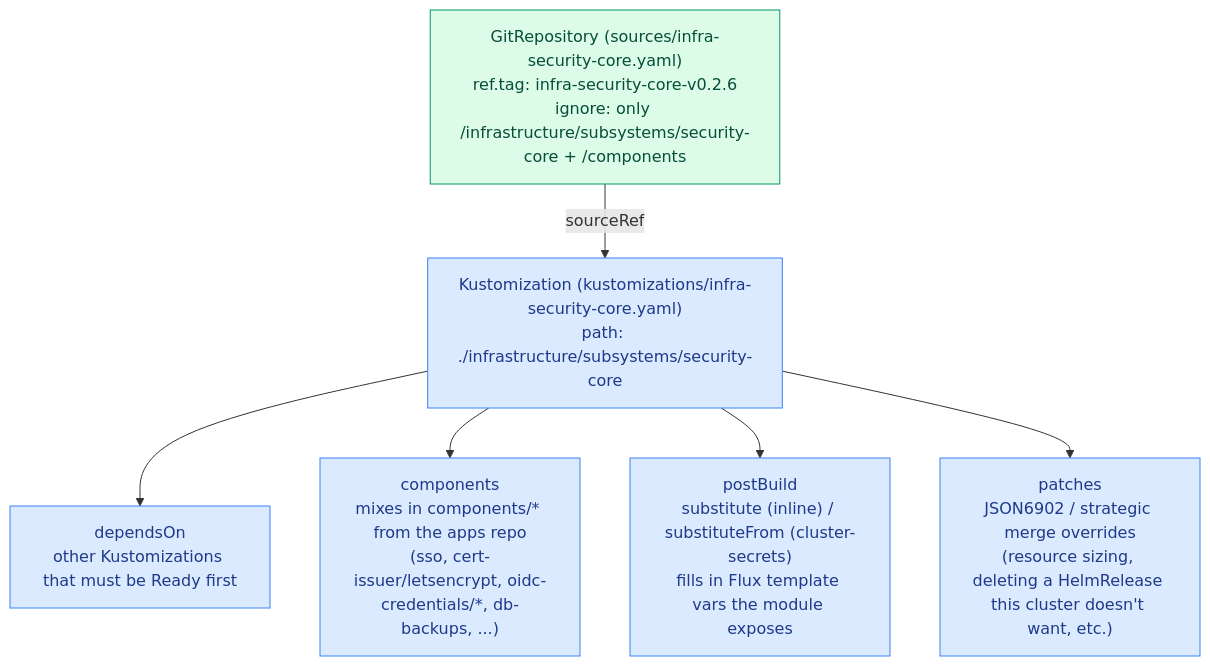
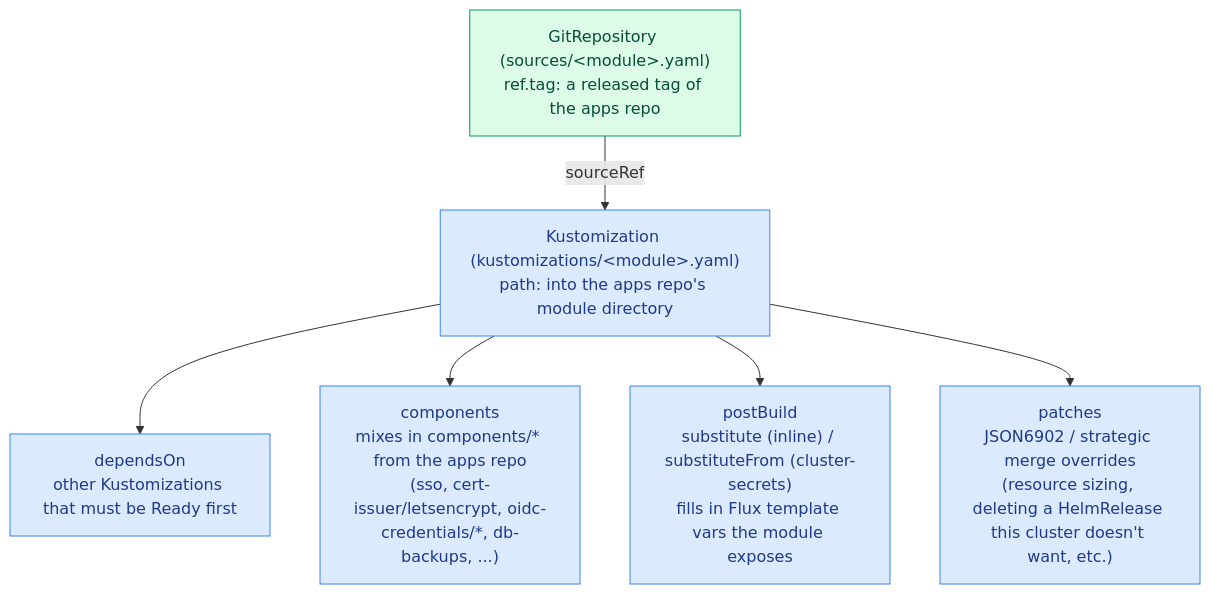
One commit to ppat/homelab-ops-kubernetes-clusters changed the third of 5 diagrams in DESIGN.md. Above: the diagram before and after it, drawn with Mermaid. The commit also changed other lines of this file and 4 other files, not shown here.

First line of the commit message:
fix(dev-tools): fix broken mermaid diagrams and drop restated config from docs

````diff
--- a/DESIGN.md
+++ b/DESIGN.md
@@ -94,16 +92,16 @@
 ```mermaid
 flowchart TB
-    GR["GitRepository (sources/infra-security-core.yaml)\nref.tag: infra-security-core-v0.2.6\nignore: only /infrastructure/subsystems/security-core + /components"]
-    KZ["Kustomization (kustomizations/infra-security-core.yaml)\npath: ./infrastructure/subsystems/security-core"]
+    GR["GitRepository (sources/&lt;module&gt;.yaml)\nref.tag: a released tag of the apps repo"]
+    KZ["Kustomization (kustomizations/&lt;module&gt;.yaml)\npath: into the apps repo's module directory"]
     GR -->|sourceRef| KZ
 
     KZ --> DEP["dependsOn\nother Kustomizations that must be Ready first"]
     KZ --> COMP["components\nmixes in components/* from the apps repo\n(sso, cert-issuer/letsencrypt, oidc-credentials/*, db-backups, ...)"]
     KZ --> PB["postBuild\nsubstitute (inline) / substituteFrom (cluster-secrets)\nfills in Flux template vars the module exposes"]
     KZ --> PATCH["patches\nJSON6902 / strategic merge overrides\n(resource sizing, deleting a HelmRelease this cluster doesn't want, etc.)"]
 
     classDef src fill:#dcfce7,stroke:#059669,color:#064e3b
     classDef k fill:#dbeafe,stroke:#3b82f6,color:#1e3a8a
     class GR src
     class KZ,DEP,COMP,PB,PATCH k
 ```
````
